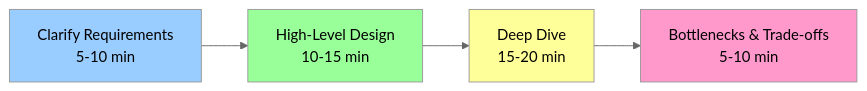
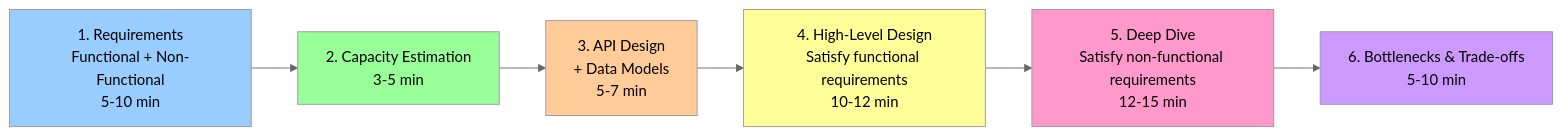
One commit to hawaijar/System-Design-Journey changed the ninth of 30 diagrams in docs/daily/2024-10-24.md. Above: the diagram before and after it, drawn with Mermaid (neutral theme). The commit also changed other lines of this file, not shown here.

First line of the commit message:
Restructure interview approach with clear functional/non-functional split

````diff
--- a/docs/daily/2024-10-24.md
+++ b/docs/daily/2024-10-24.md
@@ -198,11 +198,15 @@
 ```mermaid
 graph LR
-    A[Clarify Requirements<br/>5-10 min] --> B[High-Level Design<br/>10-15 min]
-    B --> C[Deep Dive<br/>15-20 min]
-    C --> D[Bottlenecks & Trade-offs<br/>5-10 min]
+    A[1. Requirements<br/>Functional + Non-Functional<br/>5-10 min] --> B[2. Capacity Estimation<br/>3-5 min]
+    B --> C[3. API Design<br/>+ Data Models<br/>5-7 min]
+    C --> D[4. High-Level Design<br/>Satisfy functional requirements<br/>10-12 min]
+    D --> E[5. Deep Dive<br/>Satisfy non-functional requirements<br/>12-15 min]
+    E --> F[6. Bottlenecks & Trade-offs<br/>5-10 min]
 
     style A fill:#9cf
     style B fill:#9f9
-    style C fill:#ff9
-    style D fill:#f9c
+    style C fill:#fc9
+    style D fill:#ff9
+    style E fill:#f9c
+    style F fill:#c9f
 ```
````
